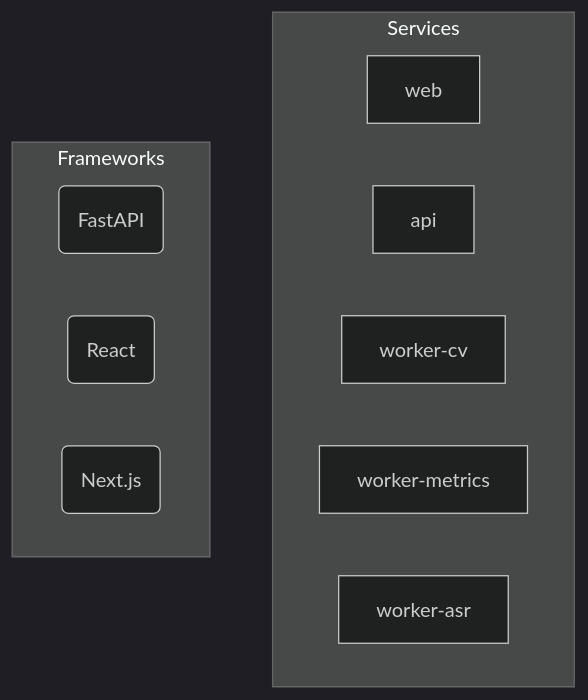
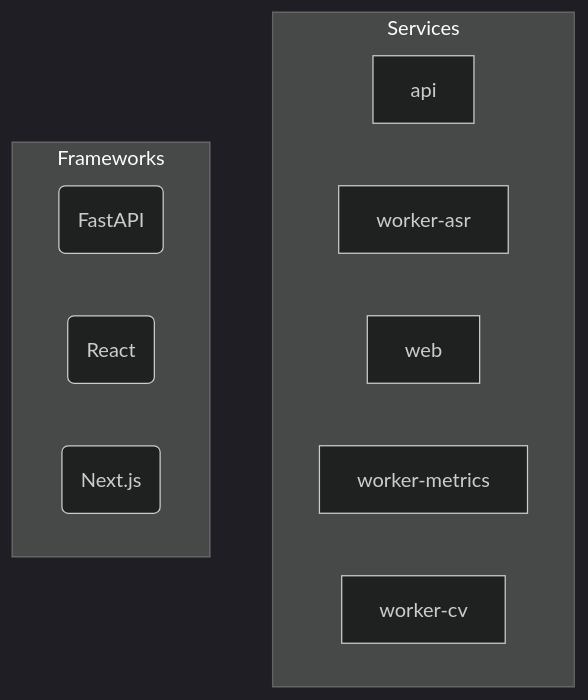
The diagram in README.md (NITISH-R-G/PedagogyX), drawn with Mermaid (dark theme) before and after one commit. The commit also changed other lines of this file and 3 other files, not shown here.

Commit message:
docs: auto-generate repository documentation and diagrams [skip ci]

````diff
--- a/README.md
+++ b/README.md
@@ -38,22 +38,22 @@
 ```mermaid
 graph TD
     subgraph Services
+        api["api"]
+        click api href "services/api" "Go to api source"
+        worker_asr["worker-asr"]
+        click worker_asr href "services/worker-asr" "Go to worker-asr source"
         web["web"]
         click web href "services/web" "Go to web source"
-        api["api"]
-        click api href "services/api" "Go to api source"
+        worker_metrics["worker-metrics"]
+        click worker_metrics href "services/worker-metrics" "Go to worker-metrics source"
         worker_cv["worker-cv"]
         click worker_cv href "services/worker-cv" "Go to worker-cv source"
-        worker_metrics["worker-metrics"]
-        click worker_metrics href "services/worker-metrics" "Go to worker-metrics source"
-        worker_asr["worker-asr"]
-        click worker_asr href "services/worker-asr" "Go to worker-asr source"
     end
 
     subgraph Frameworks
         FastAPI(FastAPI)
         React(React)
         Next_js(Next.js)
     end
 
 ```
````
